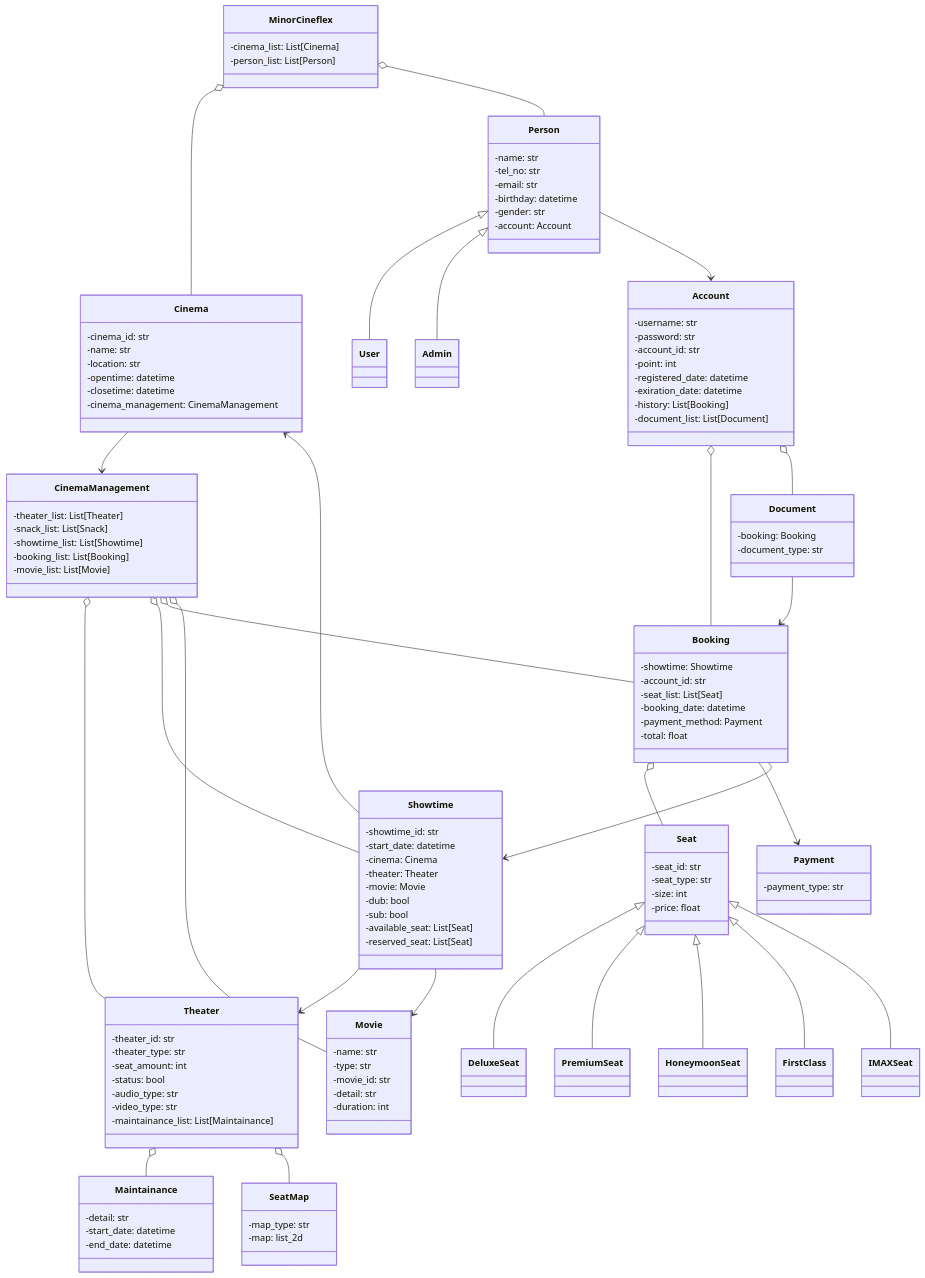
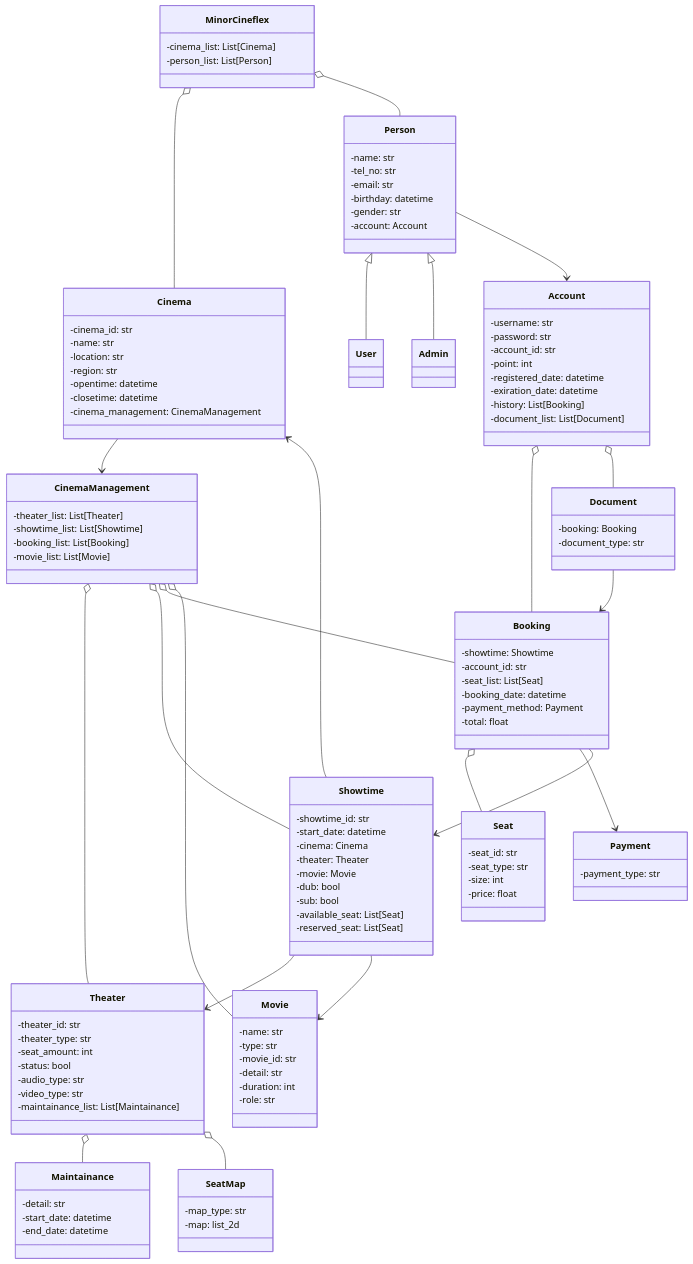
The diagram in MinorCineflex.mmd (Minor-Cineflex/Minor-Cineflex-Back-End), drawn with Mermaid before and after one commit.

Commit message:
update/class-diagram-attribute
showtime, cinema, movie

```diff
--- a/MinorCineflex.mmd
+++ b/MinorCineflex.mmd
@@ -1,157 +1,137 @@
 classDiagram
 
 MinorCineflex o-- Cinema
 MinorCineflex o-- Person
 class MinorCineflex{
         -cinema_list: List[Cinema]
         -person_list: List[Person]
     }
 
 Cinema --> CinemaManagement
 class Cinema {
         -cinema_id: str
         -name: str
         -location: str
+        -region: str
         -opentime: datetime
         -closetime: datetime
         -cinema_management: CinemaManagement
     }
 
 CinemaManagement o-- Theater
 CinemaManagement o-- Showtime
 CinemaManagement o-- Booking
 CinemaManagement o-- Movie
 class CinemaManagement{
         -theater_list: List[Theater]
-        -snack_list: List[Snack]
         -showtime_list: List[Showtime]
         -booking_list: List[Booking]
         -movie_list: List[Movie]
     }
 
 Person <|-- User
 Person <|-- Admin
 Person --> Account
 class Person {
         -name: str
         -tel_no: str
         -email: str
         -birthday: datetime
         -gender: str
         -account: Account
     }
 class User {
 
     }
 class Admin {
 
     }
 
 Account o-- Booking
 Account o-- Document
 class Account {
         -username: str
         -password: str
         -account_id: str
         -point: int
         -registered_date: datetime
         -exiration_date: datetime
         -history: List[Booking]
         -document_list: List[Document]
     }   
 
 class Movie {
         -name: str
         -type: str
         -movie_id: str
         -detail: str
         -duration: int
+        -role: str
     }
 
 Theater o-- Maintainance
 Theater o-- SeatMap
 class Theater {
         -theater_id: str
         -theater_type: str
         -seat_amount: int
         -status: bool
         -audio_type: str
         -video_type: str
         -maintainance_list: List[Maintainance]
     }
 
 Showtime --> Cinema
 Showtime --> Theater
 Showtime --> Movie
 class Showtime {
         -showtime_id: str
         -start_date: datetime
         -cinema: Cinema
         -theater: Theater
         -movie: Movie
         -dub: bool
         -sub: bool
         -available_seat: List[Seat]
         -reserved_seat: List[Seat]
     }
 
 class Payment {
         -payment_type: str
     }
 
 class SeatMap {
         -map_type: str
         -map: list_2d
     }
 
-Seat <|-- DeluxeSeat
-Seat <|-- PremiumSeat
-Seat <|-- HoneymoonSeat
-Seat <|-- FirstClass
-Seat <|-- IMAXSeat
 class Seat {
         -seat_id: str
         -seat_type: str
         -size: int
         -price: float
     }
-class DeluxeSeat {
-
-    }
-class PremiumSeat {
-
-    }
-class HoneymoonSeat {
-
-    }
-class FirstClass {
-
-    }
-class IMAXSeat {
-
-    }
-
 
 class Maintainance {
         -detail: str
         -start_date: datetime
         -end_date: datetime
     }
 
 Booking o-- Seat
 Booking --> Payment
 Booking --> Showtime
 class Booking {
         -showtime: Showtime
         -account_id: str
         -seat_list: List[Seat]
         -booking_date: datetime
         -payment_method: Payment
         -total: float
     } 
 
 Document --> Booking
 class Document {
         -booking: Booking
         -document_type: str
     }
```
